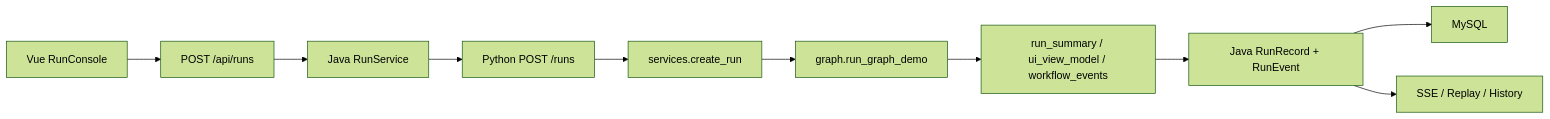
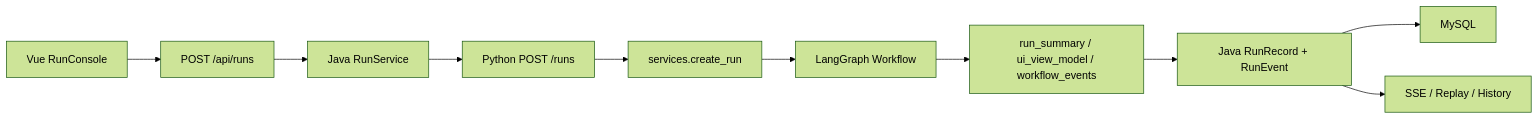
The first of 3 diagrams in docs/V2_ONLY_RUNTIME_SIMPLIFICATION.md (JuZi-Bear/AIchatProject), drawn with Mermaid (forest theme) before and after one commit. The commit also changed other lines of this file and 67 other files, not shown here.

````diff
--- a/docs/V2_ONLY_RUNTIME_SIMPLIFICATION.md
+++ b/docs/V2_ONLY_RUNTIME_SIMPLIFICATION.md
@@ -32,12 +19,12 @@
 ```mermaid
 flowchart LR
     A["Vue RunConsole"] --> B["POST /api/runs"]
     B --> C["Java RunService"]
     C --> D["Python POST /runs"]
     D --> E["services.create_run"]
-    E --> F["graph.run_graph_demo"]
+    E --> F["LangGraph Workflow"]
     F --> G["run_summary / ui_view_model / workflow_events"]
     G --> H["Java RunRecord + RunEvent"]
     H --> I["MySQL"]
     H --> J["SSE / Replay / History"]
 ```
````
